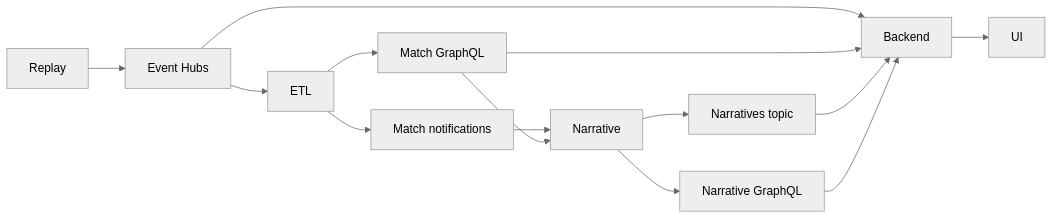
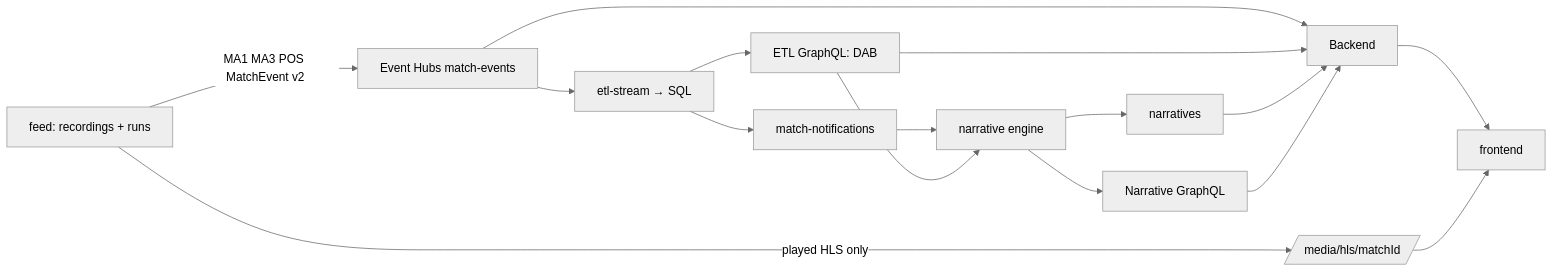
One commit to taka6745/insidethegame changed the diagram in local/contracts.md. Above: the diagram before and after it, drawn with Mermaid (neutral theme). The commit also changed other lines of this file and 935 other files, not shown here.

Commit message:
Wire ETL and narrative engine into the full flow; demo build, seeds, cross-game, clips, Azure deploy

````diff
--- a/local/contracts.md
+++ b/local/contracts.md
@@ -5,16 +16,16 @@
 ```mermaid
 flowchart LR
-  Replay --> EH[Event Hubs]
-  EH --> ETL
+  Feed[feed: recordings + runs] -->|MA1 MA3 POS MatchEvent v2| EH[Event Hubs match-events]
+  Feed -->|played HLS only| Media[/media/hls/matchId/]
+  EH --> ETL[etl-stream → SQL]
   EH --> Backend
-  ETL --> GQL[Match GraphQL]
-  ETL --> Bus[Match notifications]
-  Bus --> Narrative
-  GQL --> Narrative
-  GQL --> Backend
-  Narrative --> NB[Narratives topic]
-  NB --> Backend
-  Narrative --> NG[Narrative GraphQL]
-  NG --> Backend
-  Backend --> UI
+  ETL --> DAB[ETL GraphQL: DAB]
+  ETL --> Bus[match-notifications]
+  Bus --> Engine[narrative engine]
+  DAB --> Engine
+  DAB --> Backend
+  Engine --> NB[narratives] --> Backend
+  Engine --> NG[Narrative GraphQL] --> Backend
+  Backend --> UI[frontend]
+  Media --> UI
 ```
````
